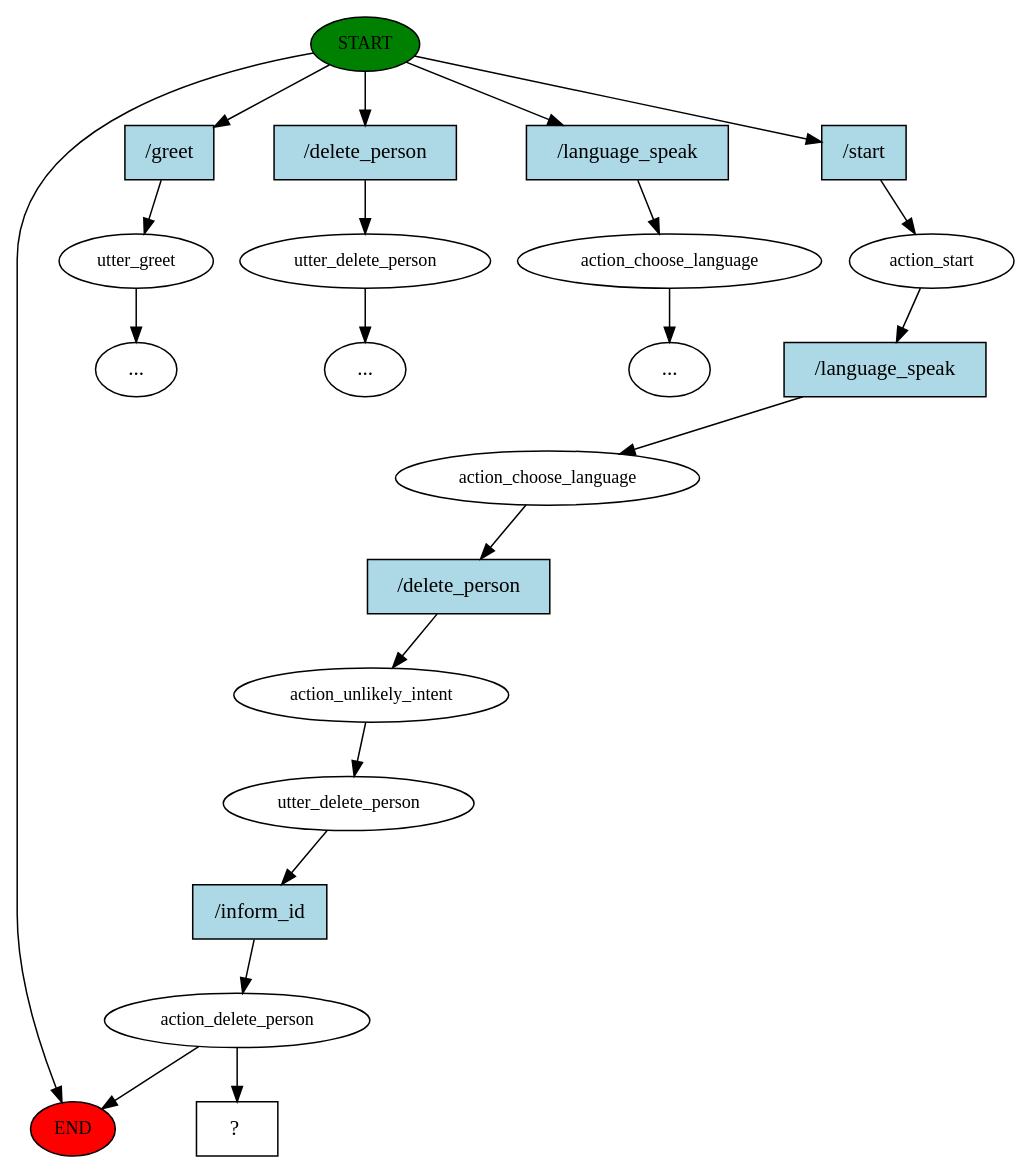
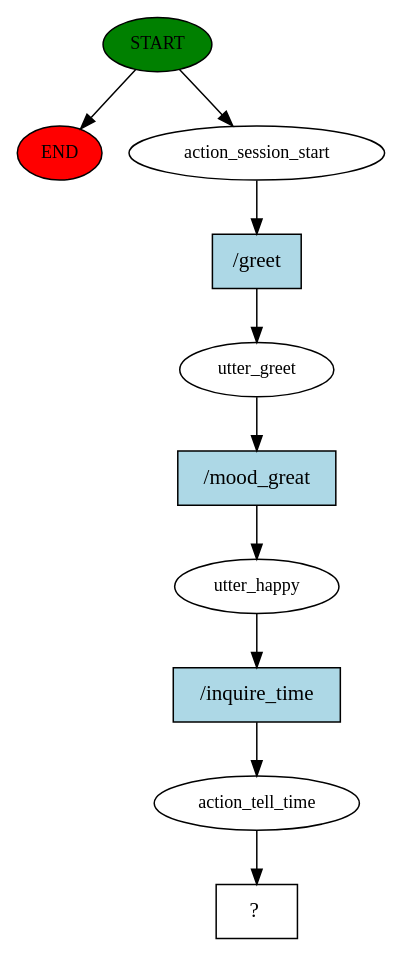
The diagram in time/story_graph.dot (nathaliaspatricio/rasa-examples), drawn with Graphviz before and after one commit. The commit also changed 4 other files, not shown here.

```diff
--- a/time/story_graph.dot
+++ b/time/story_graph.dot
@@ -1,44 +1,21 @@
 digraph  {
 0 [class="start active", fillcolor=green, fontsize=12, label=START, style=filled];
 "-1" [class=end, fillcolor=red, fontsize=12, label=END, style=filled];
-1 [class="", fontsize=12, label=utter_greet];
-6 [class="", fontsize=12, label=utter_delete_person];
-"-8" [class=ellipsis, label="..."];
-"-14" [class=ellipsis, label="..."];
-13 [class="", fontsize=12, label=action_choose_language];
-"-15" [class=ellipsis, label="..."];
-14 [class=active, fontsize=12, label=action_start];
-15 [class=active, fontsize=12, label=action_choose_language];
-16 [class=active, fontsize=12, label=action_unlikely_intent];
-17 [class=active, fontsize=12, label=utter_delete_person];
-18 [class=active, fontsize=12, label=action_delete_person];
-49 [class="intent dashed active", label="  ?  ", shape=rect];
-50 [class=intent, fillcolor=lightblue, label="/greet", shape=rect, style=filled];
-51 [class=intent, fillcolor=lightblue, label="/delete_person", shape=rect, style=filled];
-52 [class=intent, fillcolor=lightblue, label="/language_speak", shape=rect, style=filled];
-53 [class="intent active", fillcolor=lightblue, label="/start", shape=rect, style=filled];
-54 [class="intent active", fillcolor=lightblue, label="/language_speak", shape=rect, style=filled];
-55 [class="intent active", fillcolor=lightblue, label="/delete_person", shape=rect, style=filled];
-56 [class="intent active", fillcolor=lightblue, label="/inform_id", shape=rect, style=filled];
+1 [class=active, fontsize=12, label=action_session_start];
+2 [class=active, fontsize=12, label=utter_greet];
+3 [class=active, fontsize=12, label=utter_happy];
+4 [class=active, fontsize=12, label=action_tell_time];
+5 [class="intent dashed active", label="  ?  ", shape=rect];
+6 [class="intent active", fillcolor=lightblue, label="/greet", shape=rect, style=filled];
+7 [class="intent active", fillcolor=lightblue, label="/mood_great", shape=rect, style=filled];
+8 [class="intent active", fillcolor=lightblue, label="/inquire_time", shape=rect, style=filled];
 0 -> "-1"  [class="", key=NONE, label=""];
-0 -> 50  [class="", key=0];
-0 -> 51  [class="", key=0];
-0 -> 52  [class="", key=0];
-0 -> 53  [class=active, key=0];
-1 -> "-14"  [class="", key=NONE, label=""];
-6 -> "-8"  [class="", key=NONE, label=""];
-13 -> "-15"  [class="", key=NONE, label=""];
-14 -> 54  [class=active, key=0];
-15 -> 55  [class=active, key=0];
-16 -> 17  [class=active, key=NONE, label=""];
-17 -> 56  [class=active, key=0];
-18 -> "-1"  [class="", key=NONE, label=""];
-18 -> 49  [class=active, key=NONE, label=""];
-50 -> 1  [class="", key=0];
-51 -> 6  [class="", key=0];
-52 -> 13  [class="", key=0];
-53 -> 14  [class=active, key=0];
-54 -> 15  [class=active, key=0];
-55 -> 16  [class=active, key=0];
-56 -> 18  [class=active, key=0];
+0 -> 1  [class=active, key=NONE, label=""];
+1 -> 6  [class=active, key=0];
+2 -> 7  [class=active, key=0];
+3 -> 8  [class=active, key=0];
+4 -> 5  [class=active, key=NONE, label=""];
+6 -> 2  [class=active, key=0];
+7 -> 3  [class=active, key=0];
+8 -> 4  [class=active, key=0];
 }
```
